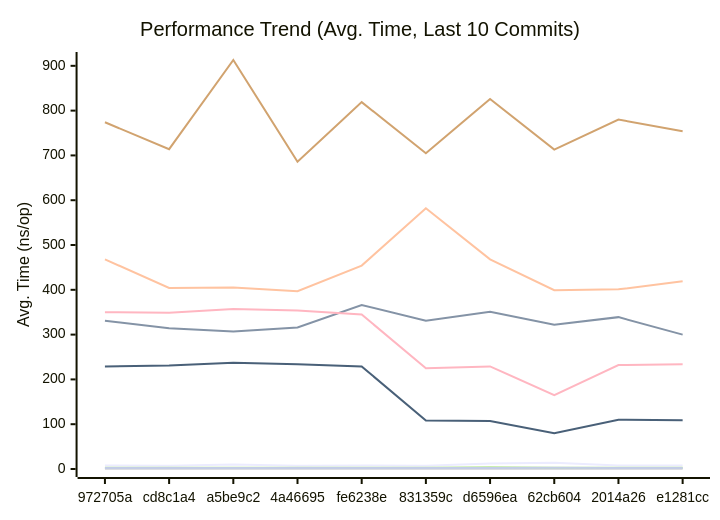
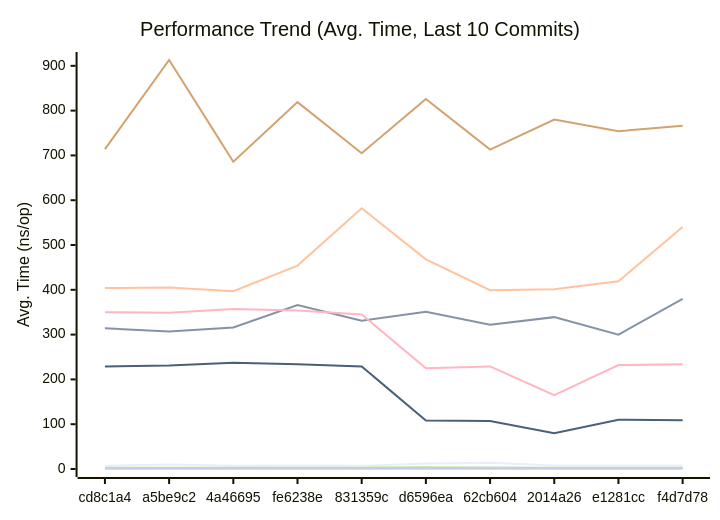
The first of 3 diagrams in docs/PERFORMANCE.md (alsotoes/momo), drawn with Mermaid before and after one commit. The commit also changed other lines of this file and 2 other files, not shown here.

First line of the commit message:
fix: cap untrusted count and add maxPayloadSize check in DecodeHeartbeatPayload (#374)

````diff
--- a/docs/PERFORMANCE.md
+++ b/docs/PERFORMANCE.md
@@ -80,16 +80,16 @@
 ```mermaid
 xychart-beta
     title "Performance Trend (Avg. Time, Last 10 Commits)"
     x-axis "Commit"
     y-axis "Avg. Time (ns/op)"
-    x-axis [972705a,cd8c1a4,a5be9c2,4a46695,fe6238e,831359c,d6596ea,62cb604,2014a26,e1281cc]
-    line "CheckMetricsAndSwap" [8,7,10,7,8,7,12,14,8,8]
-    line "CrushOptimized" [331,314,307,316,366,331,351,322,339,300]
-    line "CrushOriginal" [468,404,405,397,454,582,468,399,401,419]
+    x-axis [cd8c1a4,a5be9c2,4a46695,fe6238e,831359c,d6596ea,62cb604,2014a26,e1281cc,f4d7d78]
+    line "CheckMetricsAndSwap" [7,10,7,8,7,12,14,8,8,8]
+    line "CrushOptimized" [314,307,316,366,331,351,322,339,300,380]
+    line "CrushOriginal" [404,405,397,454,582,468,399,401,419,540]
     line "IndexDirectTracking" [0,0,0,0,0,0,0,0,0,0]
-    line "IndexSearch" [3,3,3,3,3,3,4,3,3,3]
-    line "LoadGlobalConfig" [774,714,913,686,819,705,826,713,780,754]
-    line "PadString" [2,2,2,2,2,2,2,3,2,2]
+    line "IndexSearch" [3,3,3,3,3,4,3,3,3,3]
+    line "LoadGlobalConfig" [714,913,686,819,705,826,713,780,754,766]
+    line "PadString" [2,2,2,2,2,2,3,2,2,2]
     line "ParseReplicationOrder_NoPrealloc" [350,349,357,354,345,225,229,165,232,234]
     line "ParseReplicationOrder_Prealloc" [229,231,237,234,229,108,107,80,110,109]
 ```
````
